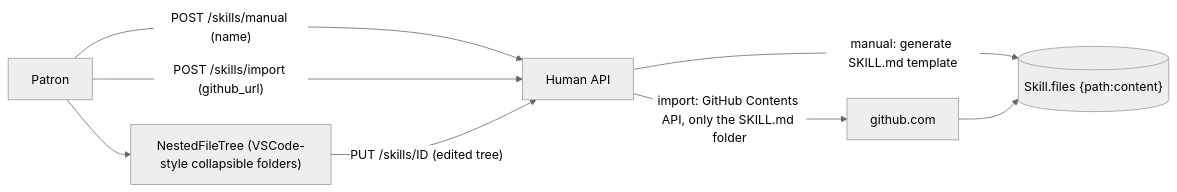
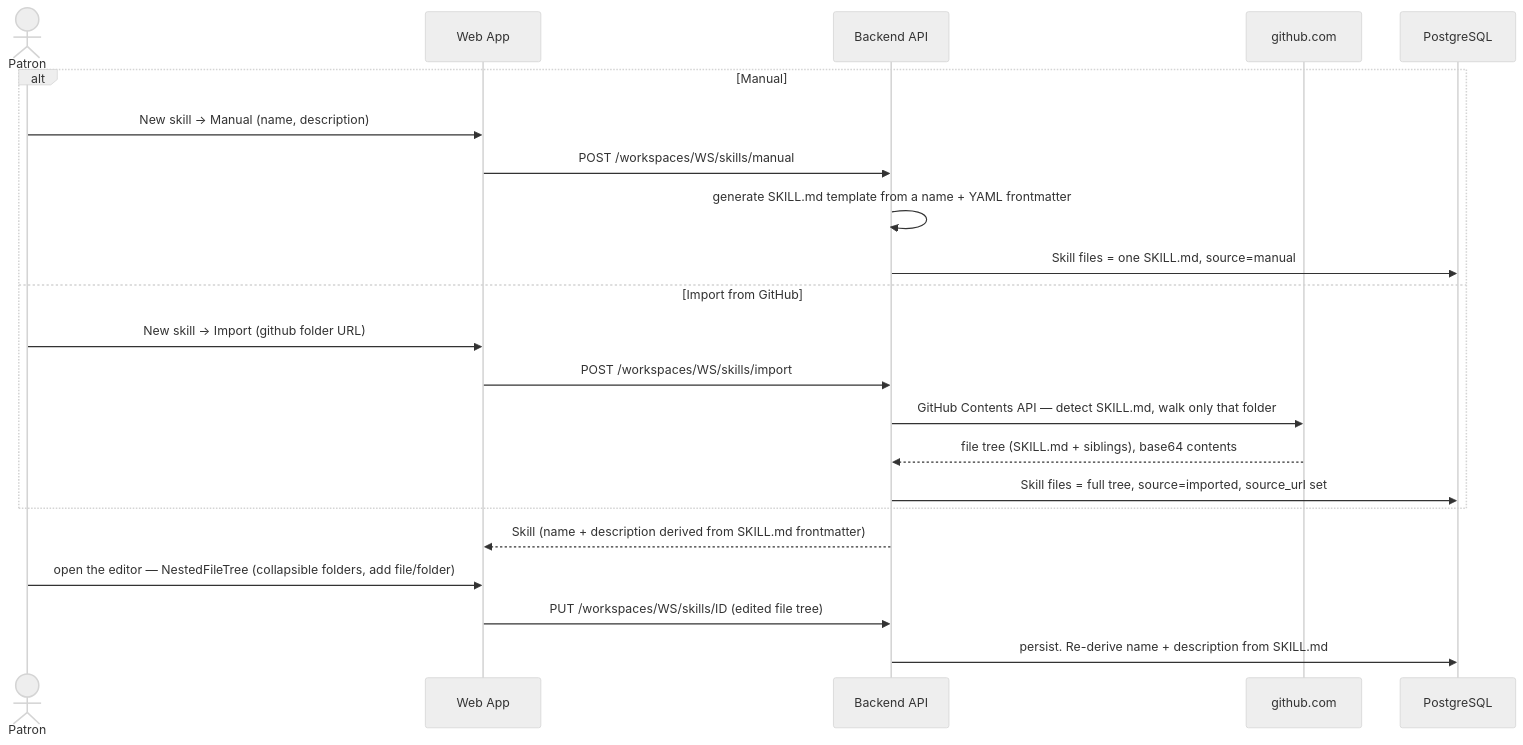
One commit to gnust-company/A.R.MARIUS changed the eighth of 15 diagrams in docs/ARCHITECTURE.md. Above: the diagram before and after it, drawn with Mermaid (neutral theme). The commit also changed other lines of this file, not shown here.

First line of the commit message:
docs(architecture): rewrite use cases in full detail + Web App rename

````diff
--- a/docs/ARCHITECTURE.md
+++ b/docs/ARCHITECTURE.md
@@ -256,10 +413,25 @@
 ```mermaid
-flowchart LR
-  P["Patron"] -->|"POST /skills/manual (name)"| API["Human API"]
-  P -->|"POST /skills/import (github_url)"| API
-  API -->|"manual: generate SKILL.md template"| DB[("Skill.files {path:content}")]
-  API -->|"import: GitHub Contents API, only the SKILL.md folder"| GH["github.com"]
-  GH --> DB
-  P --> UI["NestedFileTree (VSCode-style collapsible folders)"]
-  UI -->|"PUT /skills/ID (edited tree)"| API
+sequenceDiagram
+  actor P as Patron
+  participant WEB as Web App
+  participant API as Backend API
+  participant GH as github.com
+  participant DB as PostgreSQL
+
+  alt Manual
+    P->>WEB: New skill -> Manual (name, description)
+    WEB->>API: POST /workspaces/WS/skills/manual
+    API->>API: generate SKILL.md template from a name + YAML frontmatter
+    API->>DB: Skill files = one SKILL.md, source=manual
+  else Import from GitHub
+    P->>WEB: New skill -> Import (github folder URL)
+    WEB->>API: POST /workspaces/WS/skills/import
+    API->>GH: GitHub Contents API — detect SKILL.md, walk only that folder
+    GH-->>API: file tree (SKILL.md + siblings), base64 contents
+    API->>DB: Skill files = full tree, source=imported, source_url set
+  end
+  API-->>WEB: Skill (name + description derived from SKILL.md frontmatter)
+  P->>WEB: open the editor — NestedFileTree (collapsible folders, add file/folder)
+  WEB->>API: PUT /workspaces/WS/skills/ID (edited file tree)
+  API->>DB: persist. Re-derive name + description from SKILL.md
 ```
````
